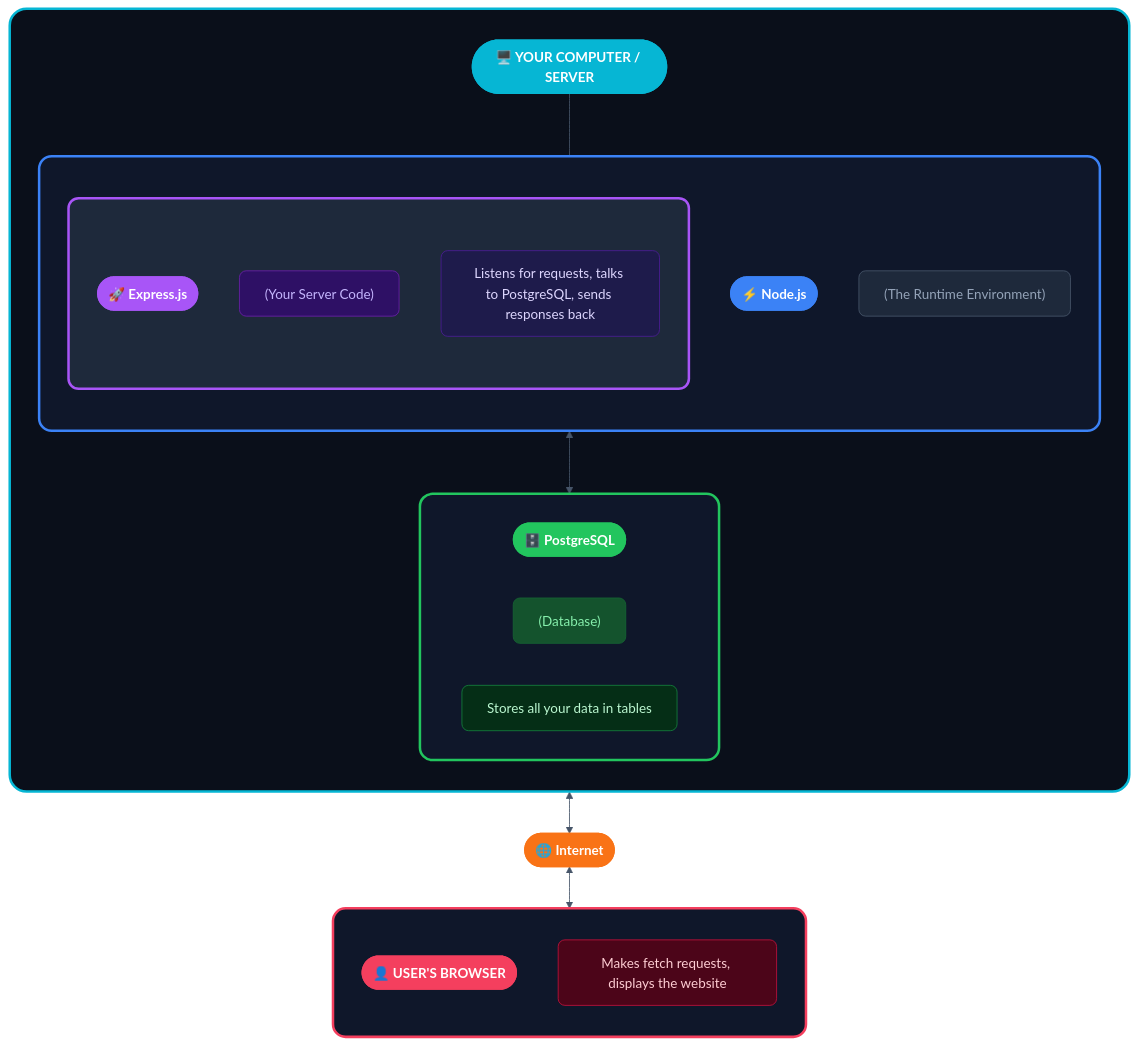
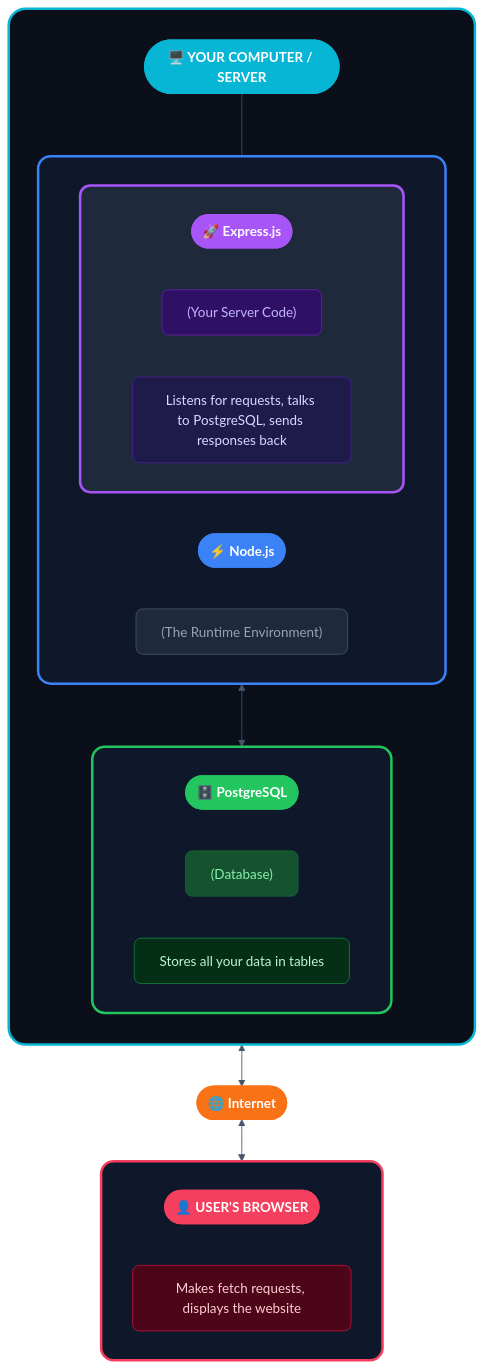
Before and after one commit to kennethpdang/ArborWiseSolutions: the second of 2 diagrams in tutorials/README.md, drawn with Mermaid.

Commit message:
Change direction of Node.js and Express.js subgraphs in tutorials README for improved flow

````diff
--- a/tutorials/README.md
+++ b/tutorials/README.md
@@ -207,68 +207,68 @@
 ```mermaid
 flowchart TB
     subgraph SERVER[" "]
         direction TB
         S_TITLE(["🖥️ YOUR COMPUTER / SERVER"])
         
         subgraph NODEJS[" "]
-            direction TB
+            direction LR
             N_TITLE(["⚡ Node.js"])
             N_DESC["(The Runtime Environment)"]
             
             subgraph EXPRESS[" "]
-                direction TB
+                direction LR
                 E_TITLE(["🚀 Express.js"])
                 E_DESC["(Your Server Code)"]
                 E_DETAIL["Listens for requests, talks to PostgreSQL, sends responses back"]
             end
         end
         
         subgraph POSTGRES[" "]
             direction LR
             P_TITLE(["🗄️ PostgreSQL"])
             P_DESC["(Database)"]
             P_DETAIL["Stores all your data in tables"]
         end
         
         S_TITLE ~~~ NODEJS
         EXPRESS <--> POSTGRES
     end
     
     INTERNET(["🌐 Internet"])
     
     subgraph BROWSER[" "]
-        direction TB
+        direction LR
         B_TITLE(["👤 USER'S BROWSER"])
         B_DETAIL["Makes fetch requests, displays the website"]
     end
     
     SERVER <--> INTERNET <--> BROWSER
 
     %% === SUBGRAPH STYLING ===
     style SERVER fill:#0a0f1a,stroke:#06b6d4,stroke-width:3px,rx:20,ry:20
     style NODEJS fill:#0f172a,stroke:#3b82f6,stroke-width:3px,rx:15,ry:15
     style EXPRESS fill:#1e293b,stroke:#a855f7,stroke-width:3px,rx:12,ry:12
     style POSTGRES fill:#0f172a,stroke:#22c55e,stroke-width:3px,rx:15,ry:15
     style BROWSER fill:#0f172a,stroke:#f43f5e,stroke-width:3px,rx:15,ry:15
     
     %% === TITLE STYLING (pill shaped) ===
     style S_TITLE fill:#06b6d4,stroke:#06b6d4,stroke-width:2px,color:#fff,font-weight:bold
     style N_TITLE fill:#3b82f6,stroke:#3b82f6,stroke-width:2px,color:#fff,font-weight:bold
     style E_TITLE fill:#a855f7,stroke:#a855f7,stroke-width:2px,color:#fff,font-weight:bold
     style P_TITLE fill:#22c55e,stroke:#22c55e,stroke-width:2px,color:#fff,font-weight:bold
     style B_TITLE fill:#f43f5e,stroke:#f43f5e,stroke-width:2px,color:#fff,font-weight:bold
     style INTERNET fill:#f97316,stroke:#f97316,stroke-width:2px,color:#fff,font-weight:bold
     
     %% === DESCRIPTION STYLING (subtitles) ===
     style N_DESC fill:#1e293b,stroke:#475569,color:#94a3b8,rx:8,ry:8
     style E_DESC fill:#2e1065,stroke:#6b21a8,color:#c4b5fd,rx:8,ry:8
     style P_DESC fill:#14532d,stroke:#166534,color:#86efac,rx:8,ry:8
     
     %% === DETAIL STYLING ===
     style E_DETAIL fill:#1e1b4b,stroke:#4c1d95,color:#ddd6fe,rx:8,ry:8
     style P_DETAIL fill:#052e16,stroke:#15803d,color:#bbf7d0,rx:8,ry:8
     style B_DETAIL fill:#4c0519,stroke:#be123c,color:#fecdd3,rx:8,ry:8
 
     %% === LINK STYLING ===
     linkStyle default stroke:#475569,stroke-width:1px
 ```
````
